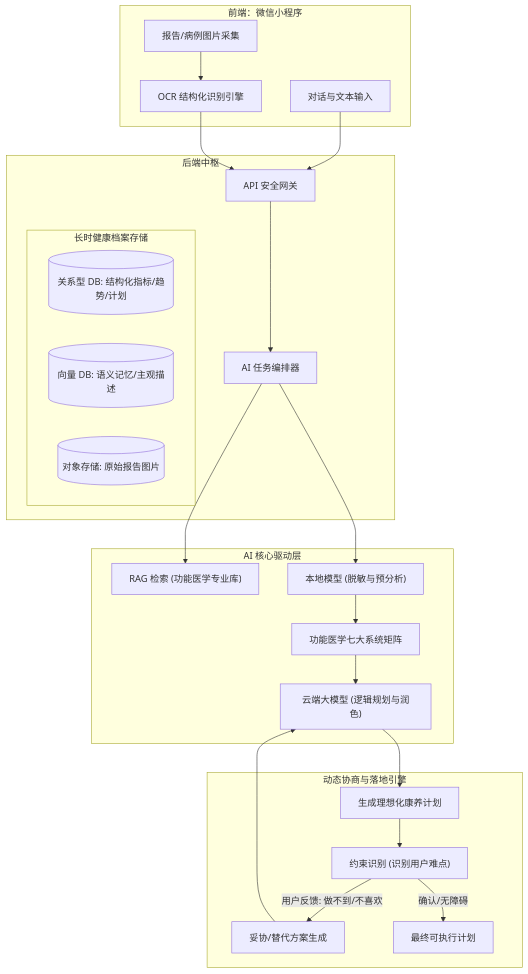
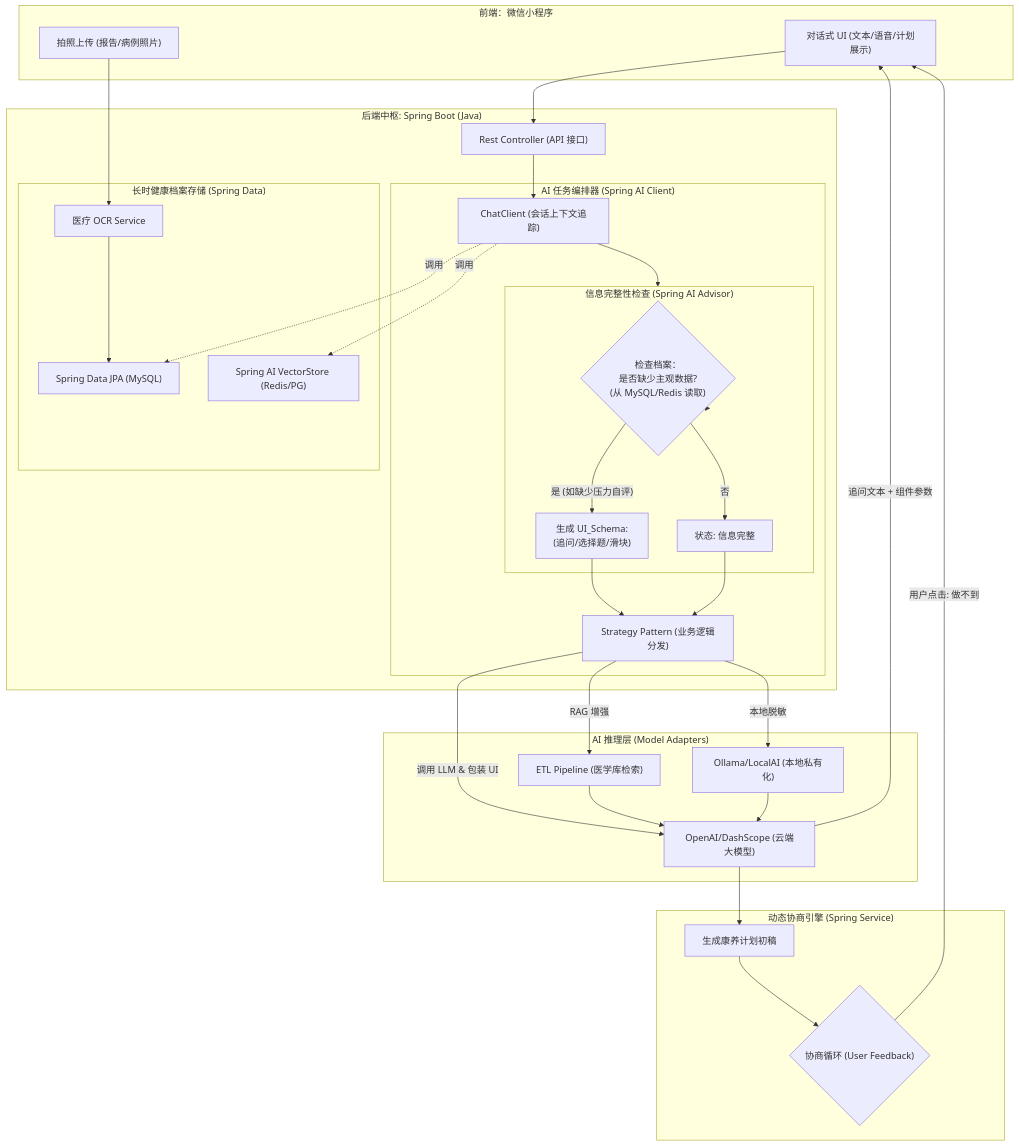
The diagram in structure.md (liyang1981969/test), drawn with Mermaid before and after one commit.

````diff
--- a/structure.md
+++ b/structure.md
@@ -1,51 +1,78 @@
 ```mermaid
 graph TD
-    %% 第一阶段：多模态输入
+    %% 1. 前端交互层
     subgraph Client ["前端：微信小程序"]
-        UI["对话与文本输入"]
-        Upload["报告/病例图片采集"]
-        OCR["OCR 结构化识别引擎"]
+        UI["对话式 UI (文本/语音/计划展示)"]
+        Cam["拍照上传 (报告/病例照片)"]
     end
 
-    %% 第二阶段：数据中枢
-    subgraph Backend ["后端中枢"]
-        Gate["API 安全网关"]
-        Task["AI 任务编排器"]
+    %% 2. 后端服务与中枢 (Spring Boot 实现)
+    subgraph Backend ["后端中枢: Spring Boot (Java)"]
+        Gate["Rest Controller (API 接口)"]
         
-        subgraph Storage ["长时健康档案存储"]
-            SQL[("关系型 DB: 结构化指标/趋势/计划")]
-            VecDB[("向量 DB: 语义记忆/主观描述")]
-            OSS[("对象存储: 原始报告图片")]
+        %% 细化后的 Orchestrator (Spring AI 核心)
+        subgraph Orchestrator ["AI 任务编排器 (Spring AI Client)"]
+            ChatClient["ChatClient (会话上下文追踪)"]
+            
+            subgraph InfoCheck ["信息完整性检查 (Spring AI Advisor)"]
+                CheckLogic{"检查档案：<br/>是否缺少主观数据?<br/>(从 MySQL/Redis 读取)"}
+                AwaitingInput["生成 UI_Schema:<br/>(追问/选择题/滑块)"]
+                InformationComplete["状态: 信息完整"]
+            end
+            
+            Strategy["Strategy Pattern (业务逻辑分发)"]
+        end
+
+        %% 持久化层
+        subgraph Storage ["长时健康档案存储 (Spring Data)"]
+            OCR_Tool["医疗 OCR Service"]
+            JPA_Repo["Spring Data JPA (MySQL)"]
+            VectorStore["Spring AI VectorStore (Redis/PG)"]
         end
     end
 
-    %% 第三阶段：功能医学 AI 大脑
-    subgraph AICore ["AI 核心驱动层"]
-        RAG["RAG 检索 (功能医学专业库)"]
-        LLM_Local["本地模型 (脱敏与预分析)"]
-        LLM_Cloud["云端大模型 (逻辑规划与润色)"]
-        Matrix["功能医学七大系统矩阵"]
+    %% 3. AI 推理与知识层 (Spring AI 模型适配)
+    subgraph AICore ["AI 推理层 (Model Adapters)"]
+        RAG["ETL Pipeline (医学库检索)"]
+        CloudModel["OpenAI/DashScope (云端大模型)"]
+        LocalModel["Ollama/LocalAI (本地私有化)"]
     end
 
-    %% 第四阶段：协商与执行引擎 (核心差异化)
-    subgraph Negotiation ["动态协商与落地引擎"]
-        InitialPlan["生成理想化康养计划"]
-        Feedback["约束识别 (识别用户难点)"]
-        Strategy["妥协/替代方案生成"]
-        FinalPlan["最终可执行计划"]
+    %% 4. 落地协商层
+    subgraph Negotiation ["动态协商引擎 (Spring Service)"]
+        DraftPlan["生成康养计划初稿"]
+        Loop{"协商循环 (User Feedback)"}
     end
 
     %% 逻辑流转
     UI --> Gate
-    Upload --> OCR --> Gate
-    Gate --> Task
-    Task --> RAG
-    Task --> LLM_Local
-    LLM_Local --> Matrix
-    Matrix --> LLM_Cloud
-    LLM_Cloud --> InitialPlan
-    InitialPlan --> Feedback
-    Feedback -- "用户反馈: 做不到/不喜欢" --> Strategy
-    Strategy --> LLM_Cloud
-    Feedback -- "确认/无障碍" --> FinalPlan
+    Cam --> OCR_Tool --> JPA_Repo
+    Gate --> ChatClient
+    
+    %% 档案汇聚
+    ChatClient -. 调用 .-> JPA_Repo
+    ChatClient -. 调用 .-> VectorStore
+    
+    %% 进入信息检查环节 (Advisor 拦截器逻辑)
+    ChatClient --> InfoCheck
+    InfoCheck --> CheckLogic
+    
+    %% 逻辑分支 - A (信息缺失)
+    CheckLogic -- "是 (如缺少压力自评)" --> AwaitingInput
+    AwaitingInput --> Strategy
+    Strategy -- "调用 LLM & 包装 UI" --> CloudModel
+    CloudModel -- "追问文本 + 组件参数" --> UI
+    
+    %% 逻辑分支 - B (信息完整)
+    CheckLogic -- "否" --> InformationComplete
+    InformationComplete --> Strategy
+    Strategy -- "RAG 增强" --> RAG
+    Strategy -- "本地脱敏" --> LocalModel
+    
+    %% 生成计划
+    RAG --> CloudModel
+    LocalModel --> CloudModel
+    CloudModel --> DraftPlan
+    DraftPlan --> Loop
+    Loop -- "用户点击: 做不到" --> UI
 ```
````
